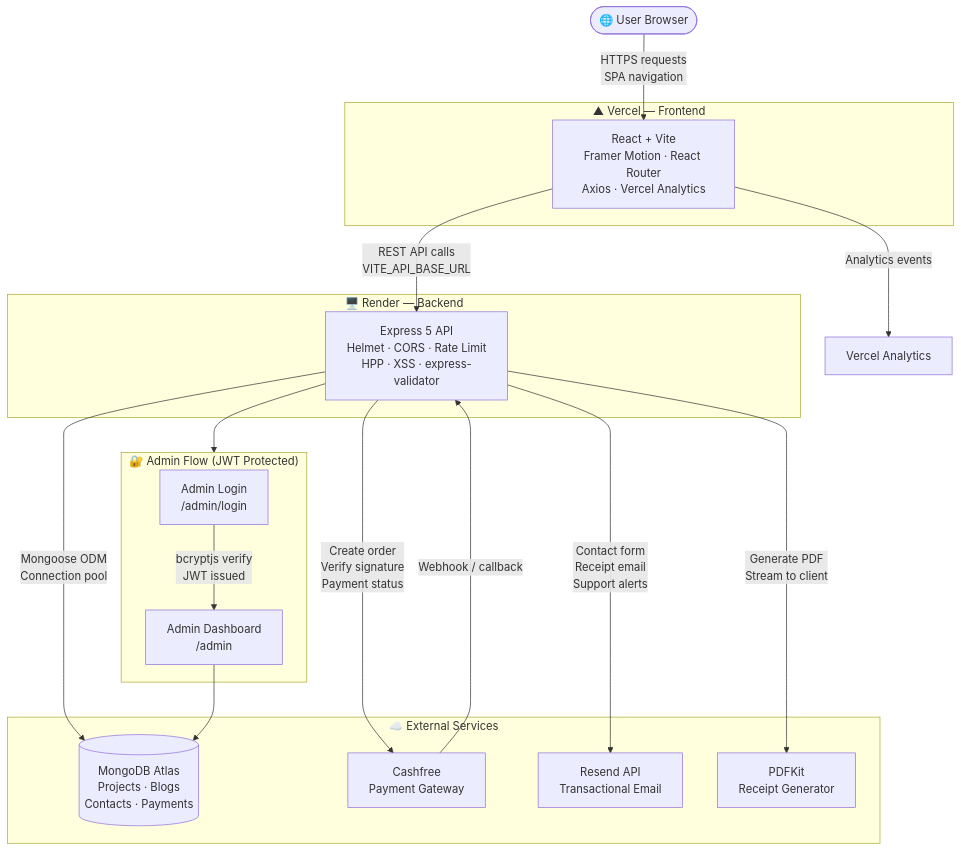
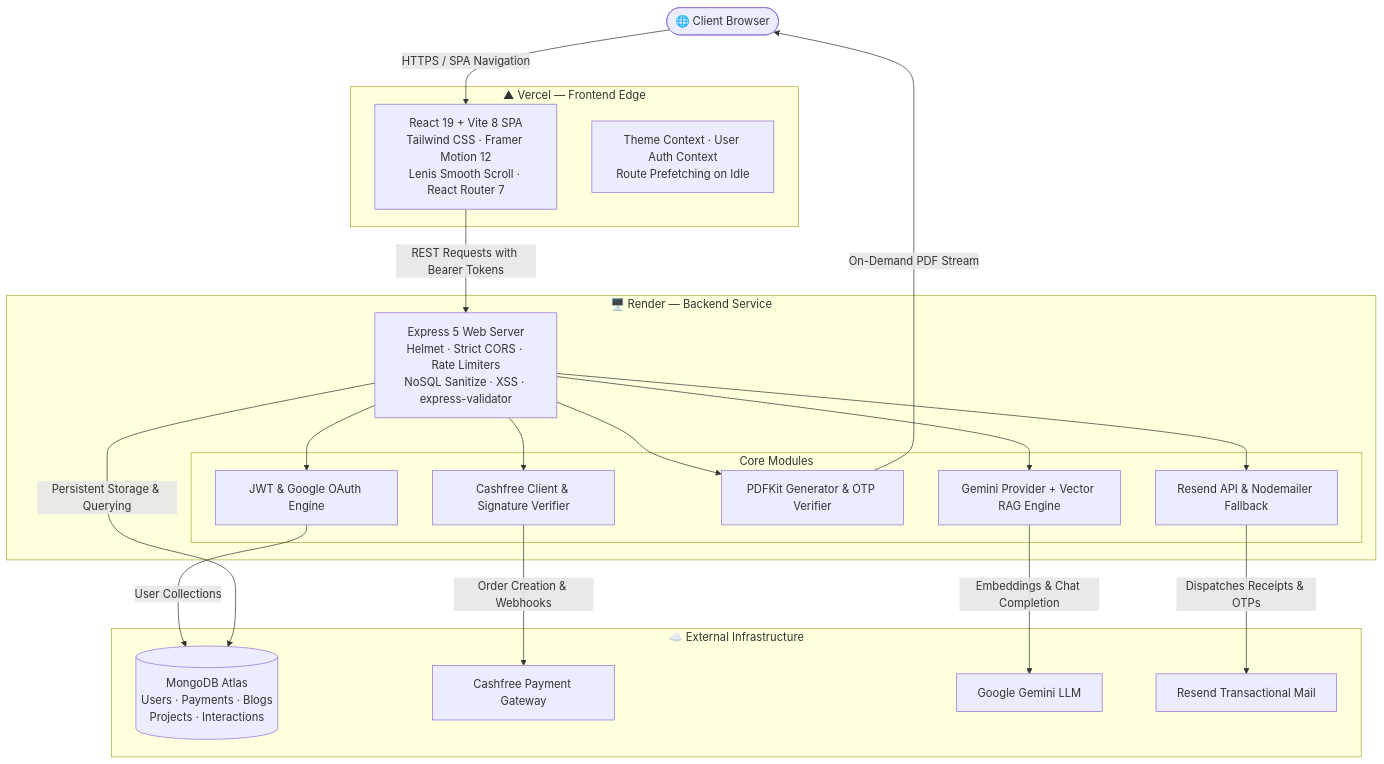
The diagram in readme.MD (nikhilxagr/Dev-Portfolio), drawn with Mermaid before and after one commit. The commit also changed other lines of this file, not shown here.

````diff
--- a/readme.MD
+++ b/readme.MD
@@ -467,37 +297,40 @@
 ```mermaid
 flowchart TD
-    User(["🌐 User Browser"])
+    User(["🌐 Client Browser"])
 
-    subgraph Vercel ["▲ Vercel — Frontend"]
-        FE["React + Vite\nFramer Motion · React Router\nAxios · Vercel Analytics"]
+    subgraph Vercel ["▲ Vercel — Frontend Edge"]
+        FE["React 19 + Vite 8 SPA\nTailwind CSS · Framer Motion 12\nLenis Smooth Scroll · React Router 7"]
+        Store["Theme Context · User Auth Context\nRoute Prefetching on Idle"]
     end
 
-    subgraph Render ["🖥️ Render — Backend"]
-        API["Express 5 API\nHelmet · CORS · Rate Limit\nHPP · XSS · express-validator"]
+    subgraph Render ["🖥️ Render — Backend Service"]
+        API["Express 5 Web Server\nHelmet · Strict CORS · Rate Limiters\nNoSQL Sanitize · XSS · express-validator"]
+        
+        subgraph Subsystems ["Core Modules"]
+            AuthMod["JWT & Google OAuth Engine"]
+            PaymentMod["Cashfree Client & Signature Verifier"]
+            ReceiptMod["PDFKit Generator & OTP Verifier"]
+            MailerMod["Resend API & Nodemailer Fallback"]
+            AIMod["Gemini Provider + Vector RAG Engine"]
+        end
     end
 
-    subgraph ExternalServices ["☁️ External Services"]
-        DB[("MongoDB Atlas\nProjects · Blogs\nContacts · Payments")]
-        CF["Cashfree\nPayment Gateway"]
-        RS["Resend API\nTransactional Email"]
-        PDF["PDFKit\nReceipt Generator"]
+    subgraph CloudServices ["☁️ External Infrastructure"]
+        Atlas[("MongoDB Atlas\nUsers · Payments · Blogs\nProjects · Interactions")]
+        CF["Cashfree Payment Gateway"]
+        Gemini["Google Gemini LLM"]
+        ResendSvc["Resend Transactional Mail"]
     end
 
-    User -->|"HTTPS requests\nSPA navigation"| FE
-    FE -->|"REST API calls\nVITE_API_BASE_URL"| API
-
-    API -->|"Mongoose ODM\nConnection pool"| DB
-    API -->|"Create order\nVerify signature\nPayment status"| CF
-    API -->|"Contact form\nReceipt email\nSupport alerts"| RS
-    API -->|"Generate PDF\nStream to client"| PDF
-
-    CF -->|"Webhook / callback"| API
-    FE -->|"Analytics events"| VA["Vercel Analytics"]
-
-    subgraph AdminFlow ["🔐 Admin Flow (JWT Protected)"]
-        AL["Admin Login\n/admin/login"] -->|"bcryptjs verify\nJWT issued"| AD["Admin Dashboard\n/admin"]
-        AD --> DB
-    end
-
-    API --> AdminFlow
+    User -->|"HTTPS / SPA Navigation"| FE
+    FE -->|"REST Requests with Bearer Tokens"| API
+    
+    API --> AuthMod & PaymentMod & ReceiptMod & MailerMod & AIMod
+    
+    AuthMod -->|"User Collections"| Atlas
+    PaymentMod -->|"Order Creation & Webhooks"| CF
+    ReceiptMod -->|"On-Demand PDF Stream"| User
+    MailerMod -->|"Dispatches Receipts & OTPs"| ResendSvc
+    AIMod -->|"Embeddings & Chat Completion"| Gemini
+    API -->|"Persistent Storage & Querying"| Atlas
 ```
````
